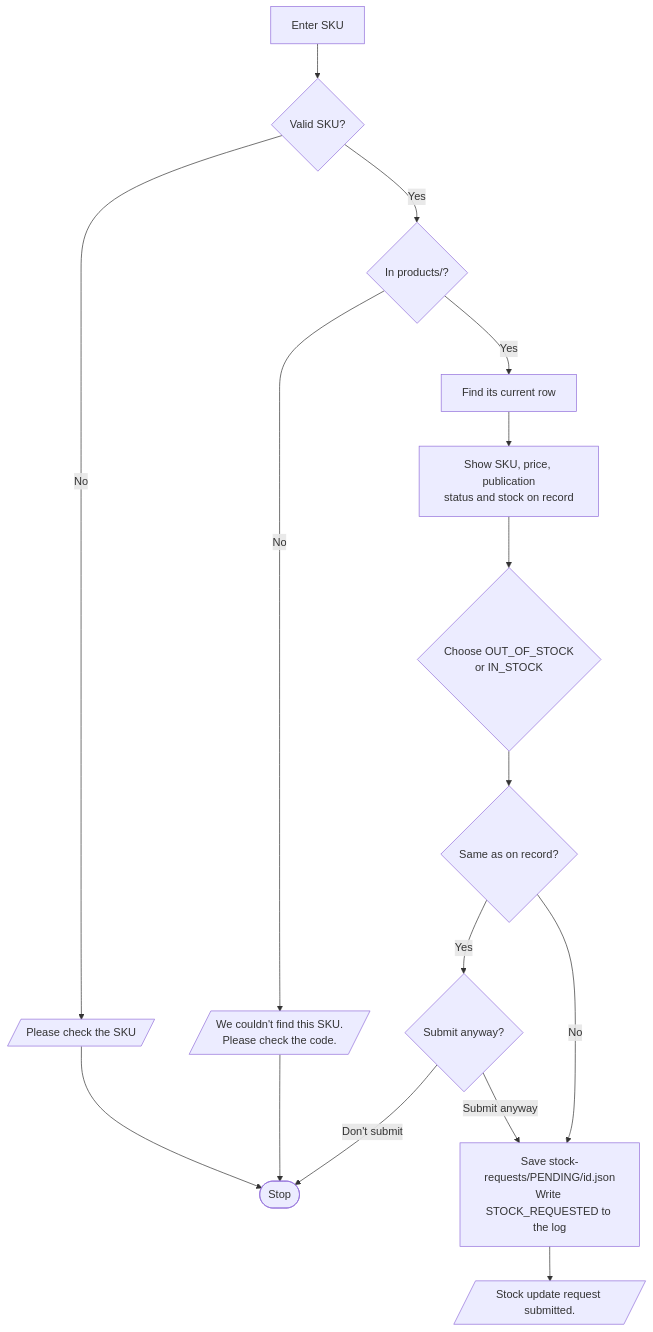
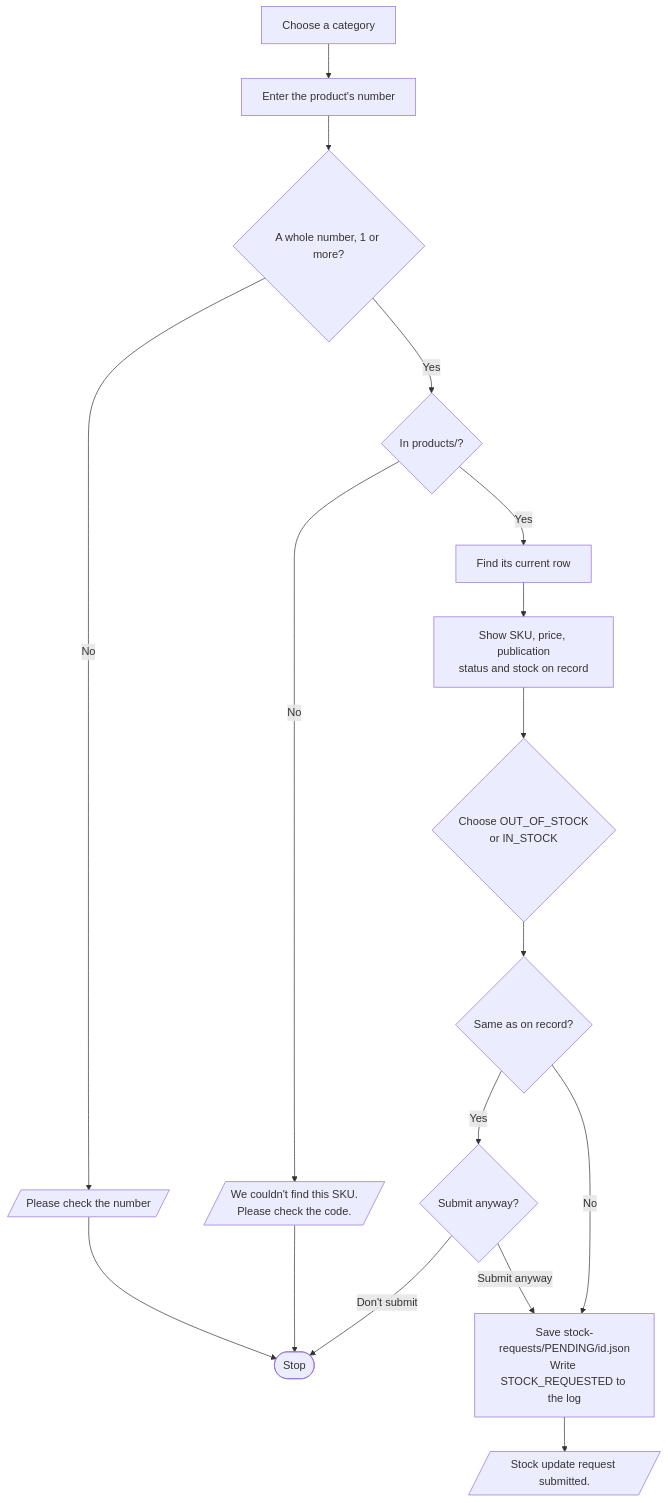
The diagram in docs/product-operations/update-stock.md (sagargupta2001/periwinkle-shopify-theme), drawn with Mermaid before and after one commit. The commit also changed other lines of this file and 15 other files, not shown here.

First line of the commit message:
Pick SKUs from a category menu with a suggested next number

````diff
--- a/docs/product-operations/update-stock.md
+++ b/docs/product-operations/update-stock.md
@@ -11,16 +11,17 @@
 ```mermaid
 flowchart TD
-    A[Enter SKU] --> B{"Valid SKU?"}
-    B -->|No| B1[/"Please check the SKU"/] --> STOP([Stop])
+    A[Choose a category] --> A2[Enter the product's number]
+    A2 --> B{"A whole number, 1 or more?"}
+    B -->|No| B1[/"Please check the number"/] --> STOP([Stop])
     B -->|Yes| C{"In products/?"}
     C -->|No| C1[/"We couldn't find this SKU.<br/>Please check the code."/] --> STOP
     C -->|Yes| D["Find its current row"]
     D --> E["Show SKU, price, publication<br/>status and stock on record"]
     E --> F{"Choose OUT_OF_STOCK<br/>or IN_STOCK"}
     F --> G{"Same as on record?"}
     G -->|Yes| H{"Submit anyway?"}
     H -->|"Don't submit"| STOP
     H -->|"Submit anyway"| I
     G -->|No| I["Save stock-requests/PENDING/id.json<br/>Write STOCK_REQUESTED to the log"]
     I --> J[/"Stock update request submitted."/]
 ```
````
